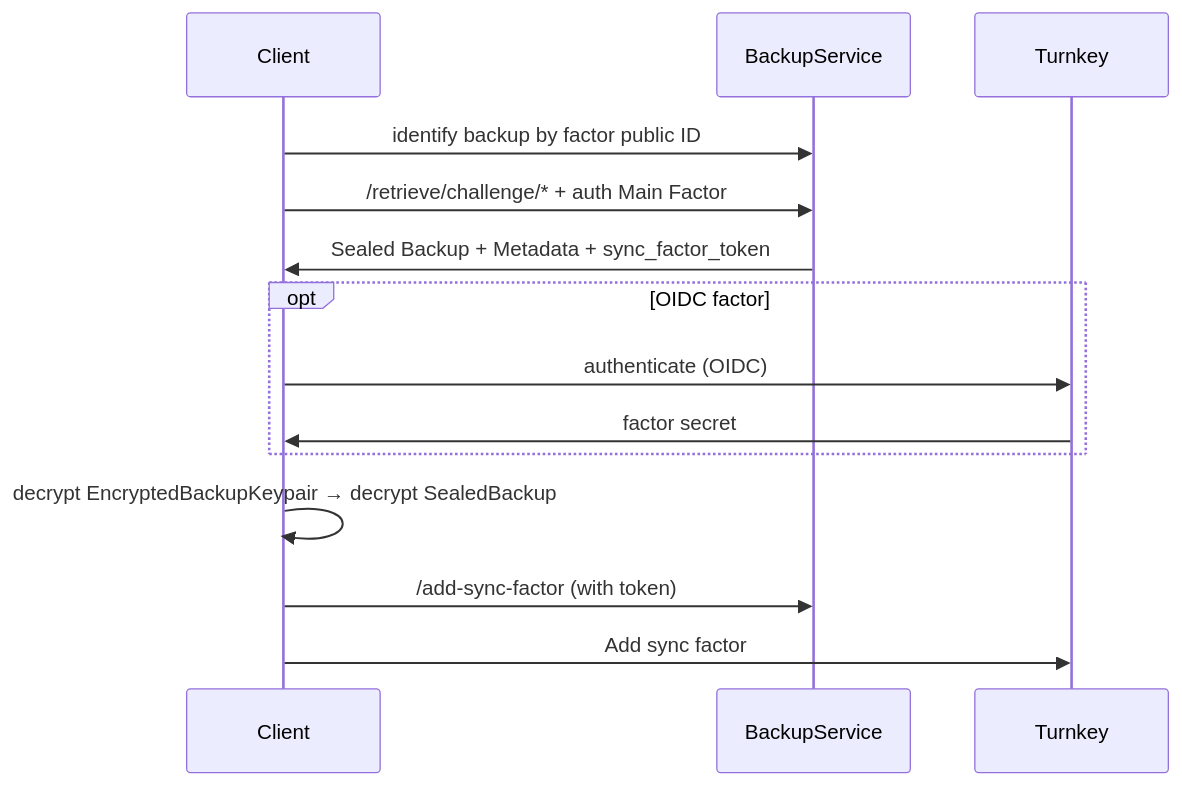
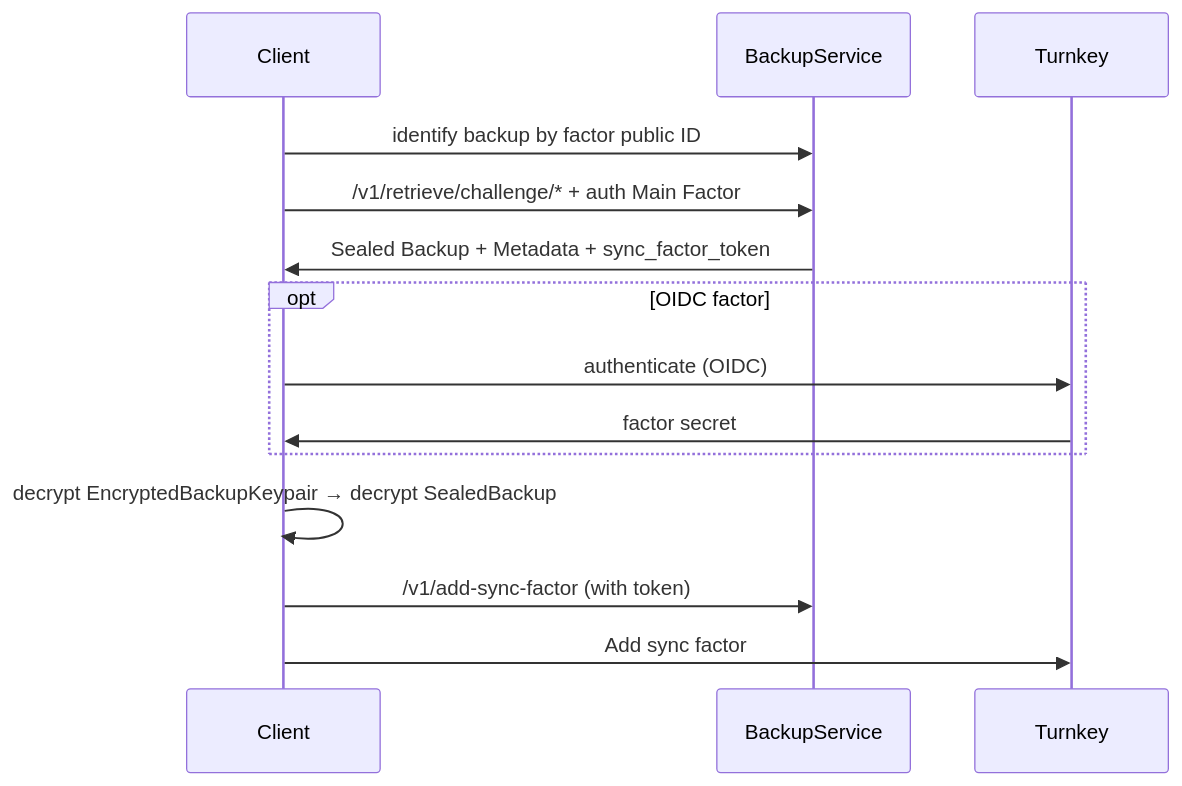
Before and after one commit to toolsforhumanity/docs: the second of 2 diagrams in world-app/backup/flows.mdx, drawn with Mermaid. The commit also changed other lines of this file and 8 other files, not shown here.

````diff
--- a/world-app/backup/flows.mdx
+++ b/world-app/backup/flows.mdx
@@ -48,16 +48,16 @@
 ```mermaid
 sequenceDiagram
     participant Client
     participant BackupService
     participant Turnkey
     Client->>BackupService: identify backup by factor public ID
-    Client->>BackupService: /retrieve/challenge/* + auth Main Factor
+    Client->>BackupService: /v1/retrieve/challenge/* + auth Main Factor
     BackupService->>Client: Sealed Backup + Metadata + sync_factor_token
     opt OIDC factor
         Client->>Turnkey: authenticate (OIDC)
         Turnkey->>Client: factor secret
     end
     Client->>Client: decrypt EncryptedBackupKeypair → decrypt SealedBackup
-    Client->>BackupService: /add-sync-factor (with token)
+    Client->>BackupService: /v1/add-sync-factor (with token)
     Client->>Turnkey: Add sync factor
 ```
````
